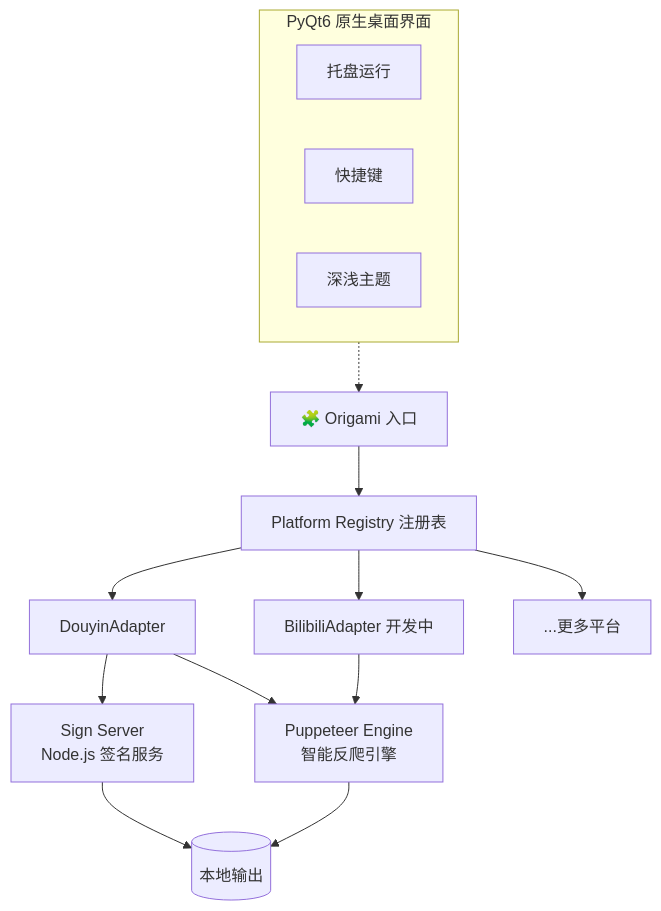
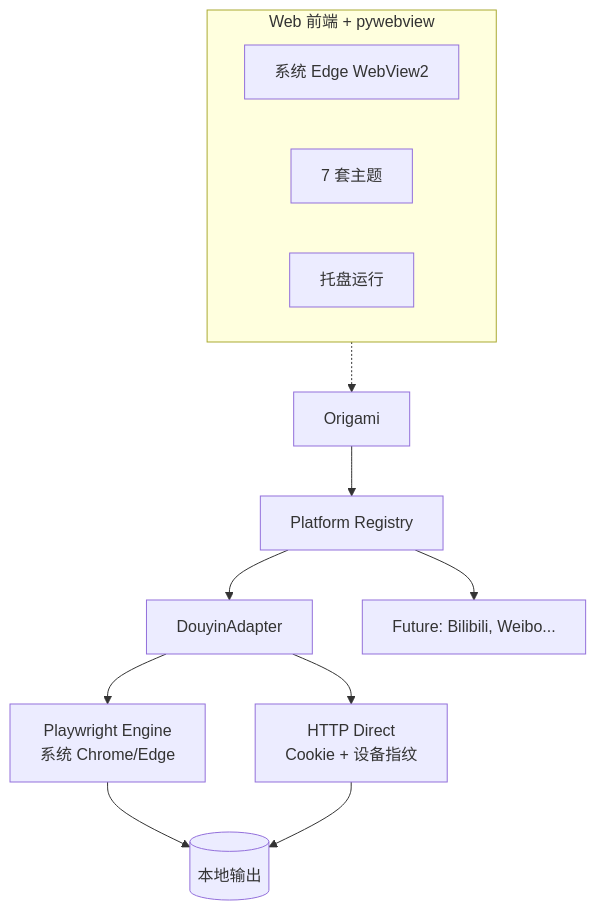
Before and after one commit to Renxint/origami: the diagram in README.md, drawn with Mermaid. The commit also changed other lines of this file, not shown here.

````diff
--- a/README.md
+++ b/README.md
@@ -69,23 +71,20 @@
 ```mermaid
 graph TB
-    A[🧩 Origami 入口] --> B[Platform Registry 注册表]
+    A[Origami] --> B[Platform Registry]
     B --> C[DouyinAdapter]
-    B --> D[BilibiliAdapter 开发中]
-    B --> E[...更多平台]
+    B --> D[Future: Bilibili, Weibo...]
 
-    C --> F[Sign Server<br/>Node.js 签名服务]
-    C --> G[Puppeteer Engine<br/>智能反爬引擎]
+    C --> E[Playwright Engine<br/>系统 Chrome/Edge]
+    C --> F[HTTP Direct<br/>Cookie + 设备指纹]
 
-    D --> G
+    E --> G[(本地输出)]
+    F --> G
 
-    F --> H[(本地输出)]
-    G --> H
-
-    subgraph GUI [PyQt6 原生桌面界面]
-        I[托盘运行]
-        J[快捷键]
-        K[深浅主题]
+    subgraph GUI [Web 前端 + pywebview]
+        I[系统 Edge WebView2]
+        J[7 套主题]
+        K[托盘运行]
     end
 
     GUI -.-> A
 ```
````
